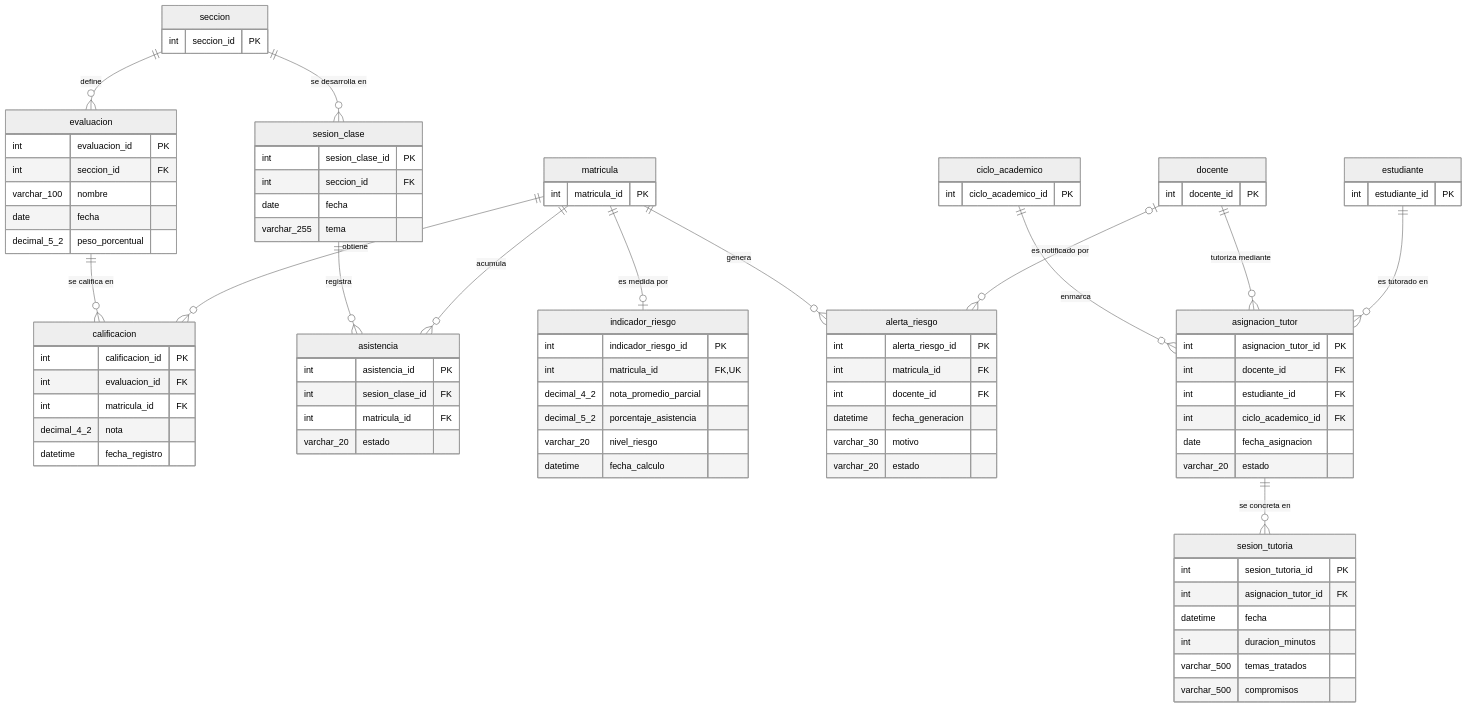
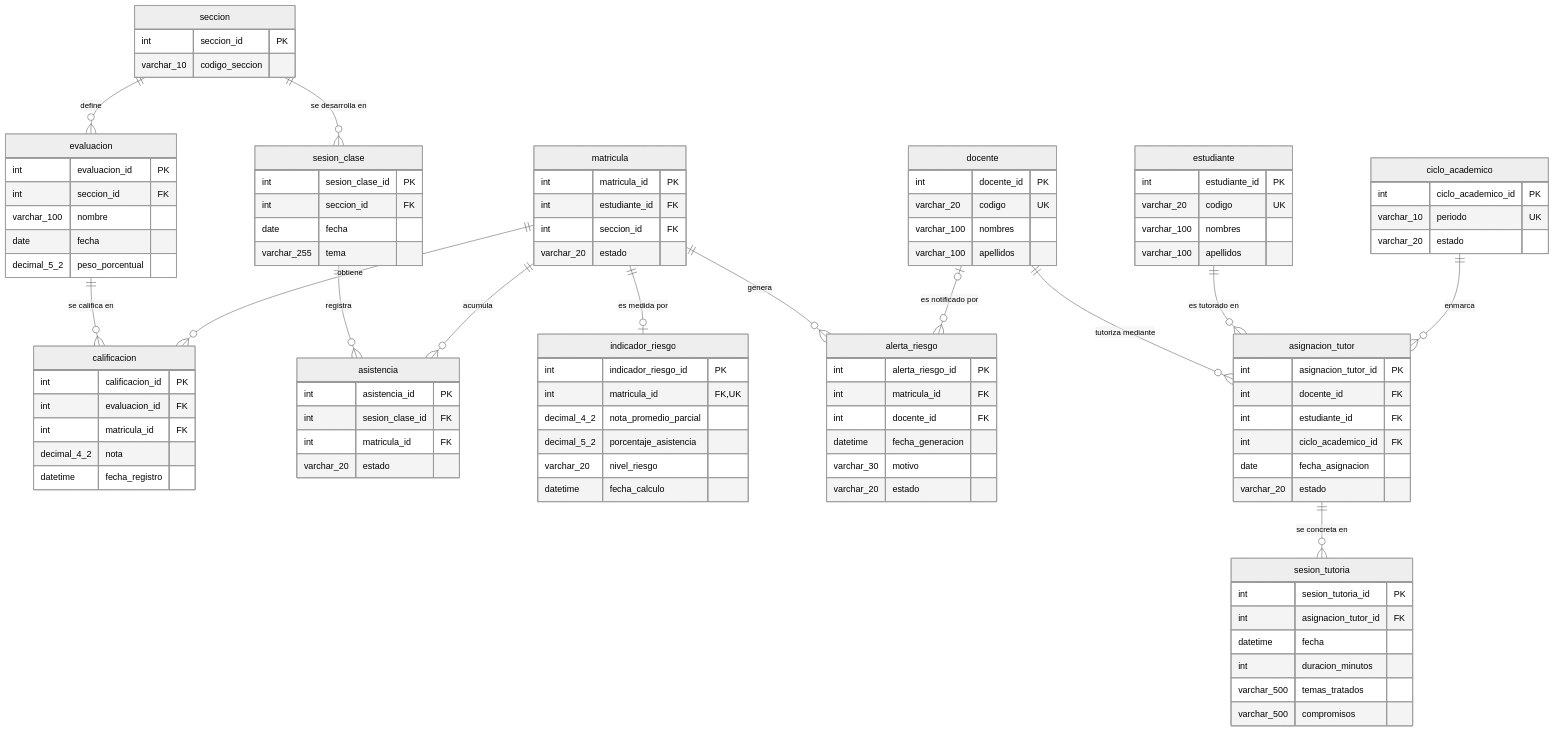
Before and after one commit to Marco-Gomez06/UNI-pre-202602-SW609-Grupo3: the diagram in 4/4.2/4.2.1/4.2.1.4/4.2.1.4.md, drawn with Mermaid (neutral theme). The commit also changed other lines of this file and 11 other files, not shown here.

Commit message:
fix de diagramas

````diff
--- a/4/4.2/4.2.1/4.2.1.4/4.2.1.4.md
+++ b/4/4.2/4.2.1/4.2.1.4/4.2.1.4.md
@@ -64,22 +68,34 @@
         varchar_500 temas_tratados
         varchar_500 compromisos
     }
-    ciclo_academico {
-        int ciclo_academico_id PK
-    }
     seccion {
         int seccion_id PK
+        varchar_10 codigo_seccion
     }
     matricula {
         int matricula_id PK
+        int estudiante_id FK
+        int seccion_id FK
+        varchar_20 estado
     }
     docente {
         int docente_id PK
+        varchar_20 codigo UK
+        varchar_100 nombres
+        varchar_100 apellidos
     }
     estudiante {
         int estudiante_id PK
+        varchar_20 codigo UK
+        varchar_100 nombres
+        varchar_100 apellidos
     }
-    ciclo_academico ||--o{ asignacion_tutor : "enmarca"
+    ciclo_academico {
+        int ciclo_academico_id PK
+        varchar_10 periodo UK
+        varchar_20 estado
+    }
+
     seccion ||--o{ evaluacion : "define"
     evaluacion ||--o{ calificacion : "se califica en"
     matricula ||--o{ calificacion : "obtiene"
@@ -91,5 +107,6 @@
     docente |o--o{ alerta_riesgo : "es notificado por"
     docente ||--o{ asignacion_tutor : "tutoriza mediante"
     estudiante ||--o{ asignacion_tutor : "es tutorado en"
+    ciclo_academico ||--o{ asignacion_tutor : "enmarca"
     asignacion_tutor ||--o{ sesion_tutoria : "se concreta en"
 ```
````
